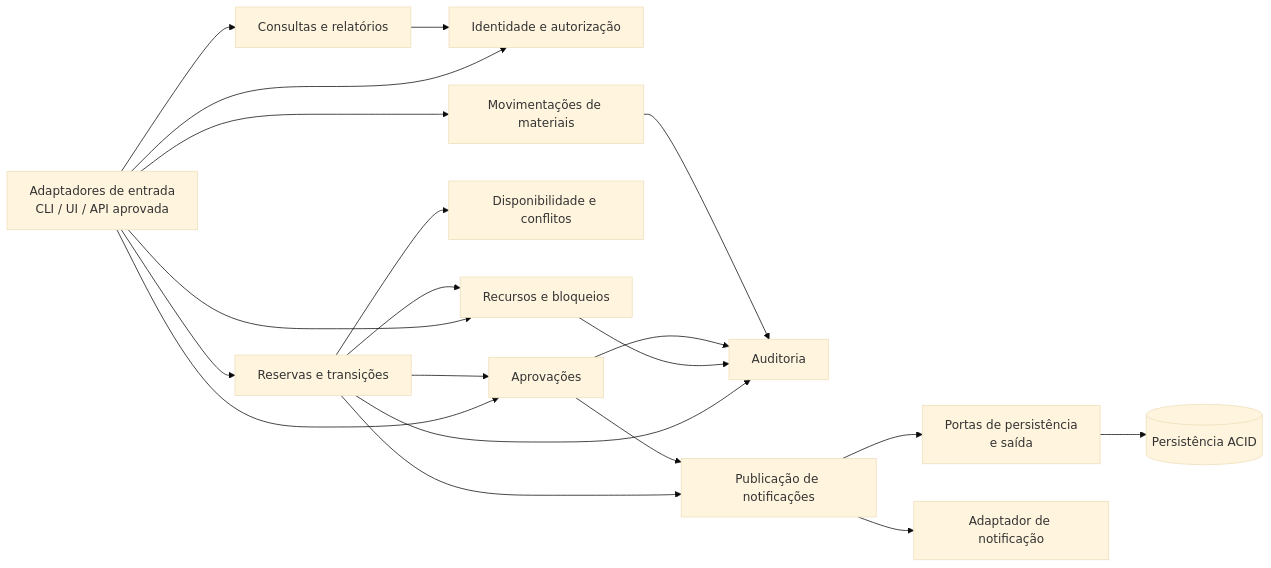
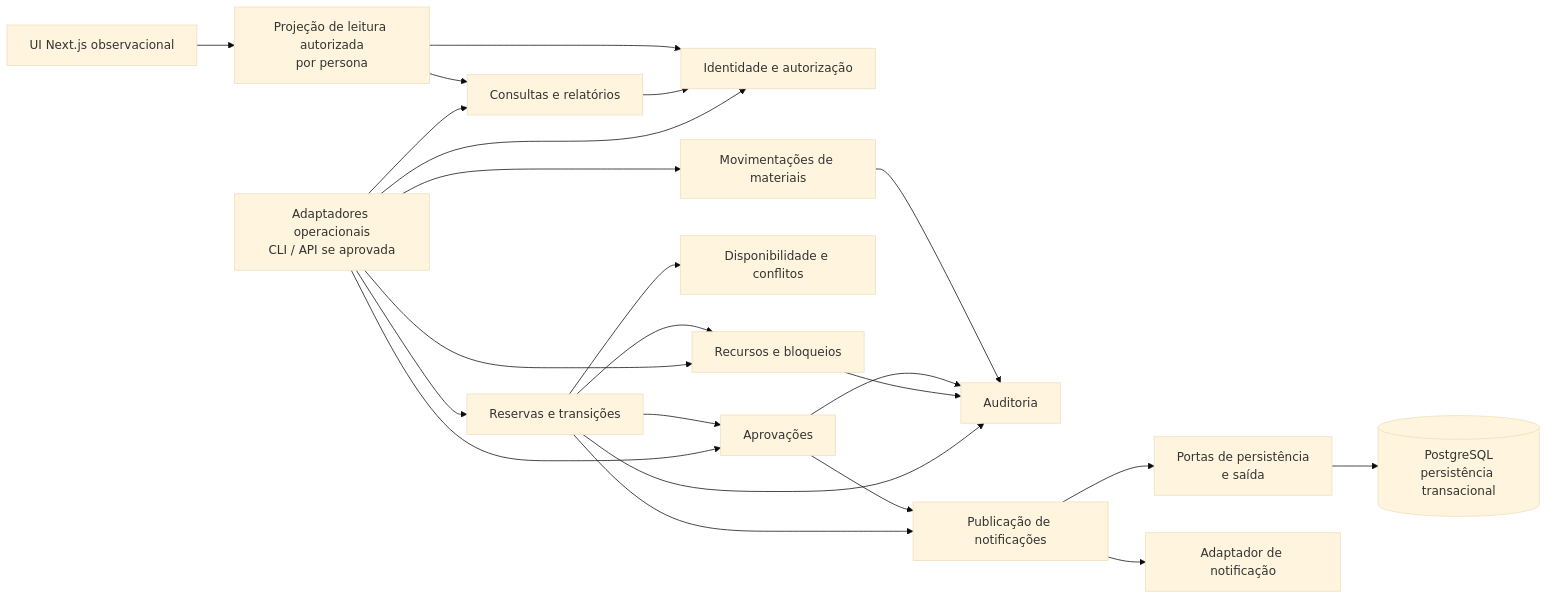
Before and after one commit to Guguelcf4/Organiza-o-de-Recursos: the third of 3 diagrams in docs/arquitetura.md, drawn with Mermaid (base theme). The commit also changed other lines of this file and 35 other files, not shown here.

````diff
--- a/docs/arquitetura.md
+++ b/docs/arquitetura.md
@@ -120,36 +120,41 @@
 ```mermaid
 flowchart LR
-    adapters["Adaptadores de entrada<br/>CLI / UI / API aprovada"]
+    adapters["Adaptadores operacionais<br/>CLI / API se aprovada"]
     auth["Identidade e autorização"]
     resources["Recursos e bloqueios"]
     availability["Disponibilidade e conflitos"]
     reservation["Reservas e transições"]
     approval["Aprovações"]
     movement["Movimentações de materiais"]
     audit["Auditoria"]
     reports["Consultas e relatórios"]
+    ui["UI Next.js observacional"]
+    observation["Projeção de leitura autorizada<br/>por persona"]
     notification["Publicação de notificações"]
     ports["Portas de persistência<br/>e saída"]
-    store[("Persistência ACID")]
+    store[("PostgreSQL<br/>persistência transacional")]
     channel["Adaptador de notificação"]
 
     adapters --> auth
     adapters --> reservation
     adapters --> resources
     adapters --> approval
     adapters --> movement
     adapters --> reports
+    ui --> observation
     reservation --> availability
     reservation --> resources
     reservation --> approval
     reservation --> audit
     resources --> audit
     approval --> audit
     movement --> audit
     reports --> auth
+    observation --> auth
+    observation --> reports
     notification --> ports
     reservation --> notification
     approval --> notification
     ports --> store
     notification --> channel
 ```
````
